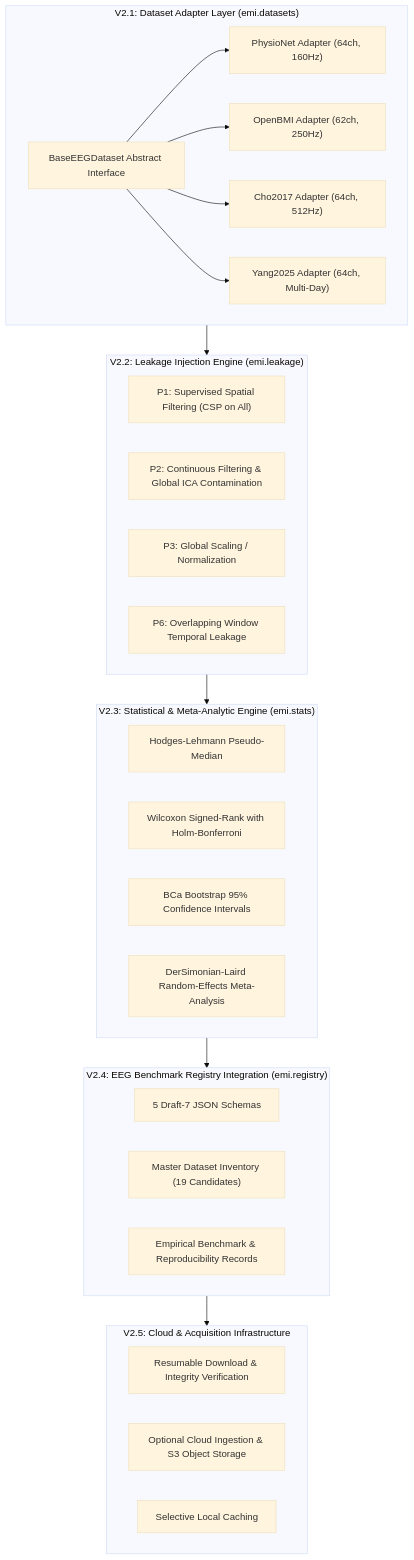
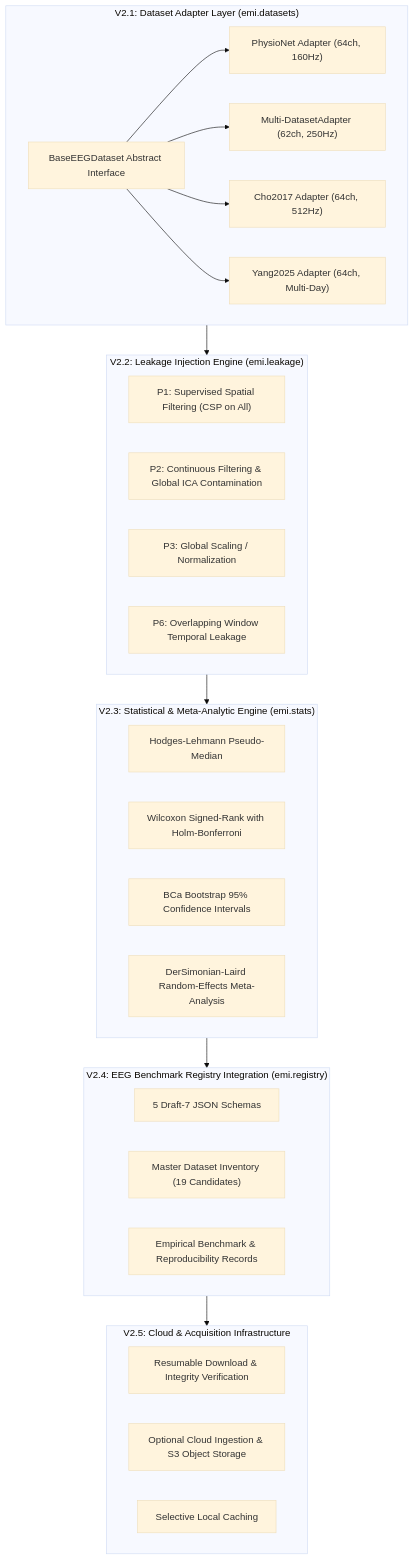
One commit to JOYJIT-06/LeakCheck changed the diagram in docs/V2/V2_FINAL_IMPLEMENTATION_ROADMAP.md. Above: the diagram before and after it, drawn with Mermaid (base theme). The commit also changed other lines of this file and 122 other files, not shown here.

Commit message:
chore(scope): purge all OpenBMI artifacts, figures, benchmarks, and references from V1.1 branch

````diff
--- a/docs/V2/V2_FINAL_IMPLEMENTATION_ROADMAP.md
+++ b/docs/V2/V2_FINAL_IMPLEMENTATION_ROADMAP.md
@@ -17,45 +17,45 @@
 ```mermaid
 flowchart TD
     subgraph V21["V2.1: Dataset Adapter Layer (emi.datasets)"]
         Base["BaseEEGDataset Abstract Interface"]
         Physio["PhysioNet Adapter (64ch, 160Hz)"]
-        OpenBMI["OpenBMI Adapter (62ch, 250Hz)"]
+        Multi-Dataset["Multi-DatasetAdapter (62ch, 250Hz)"]
         Cho["Cho2017 Adapter (64ch, 512Hz)"]
         Yang["Yang2025 Adapter (64ch, Multi-Day)"]
         Base --> Physio
-        Base --> OpenBMI
+        Base --> Multi-Dataset
         Base --> Cho
         Base --> Yang
     end
 
     subgraph V22["V2.2: Leakage Injection Engine (emi.leakage)"]
         P1["P1: Supervised Spatial Filtering (CSP on All)"]
         P2["P2: Continuous Filtering & Global ICA Contamination"]
         P3["P3: Global Scaling / Normalization"]
         P6["P6: Overlapping Window Temporal Leakage"]
     end
 
     subgraph V23["V2.3: Statistical & Meta-Analytic Engine (emi.stats)"]
         HL["Hodges-Lehmann Pseudo-Median"]
         Wilcox["Wilcoxon Signed-Rank with Holm-Bonferroni"]
         BCa["BCa Bootstrap 95% Confidence Intervals"]
         Meta["DerSimonian-Laird Random-Effects Meta-Analysis"]
     end
 
     subgraph V24["V2.4: EEG Benchmark Registry Integration (emi.registry)"]
         Schemas["5 Draft-7 JSON Schemas"]
         Inventory["Master Dataset Inventory (19 Candidates)"]
         Records["Empirical Benchmark & Reproducibility Records"]
     end
 
     subgraph V25["V2.5: Cloud & Acquisition Infrastructure"]
         Acq["Resumable Download & Integrity Verification"]
         Cloud["Optional Cloud Ingestion & S3 Object Storage"]
         Cache["Selective Local Caching"]
     end
 
     V21 --> V22
     V22 --> V23
     V23 --> V24
     V24 --> V25
 ```
````
